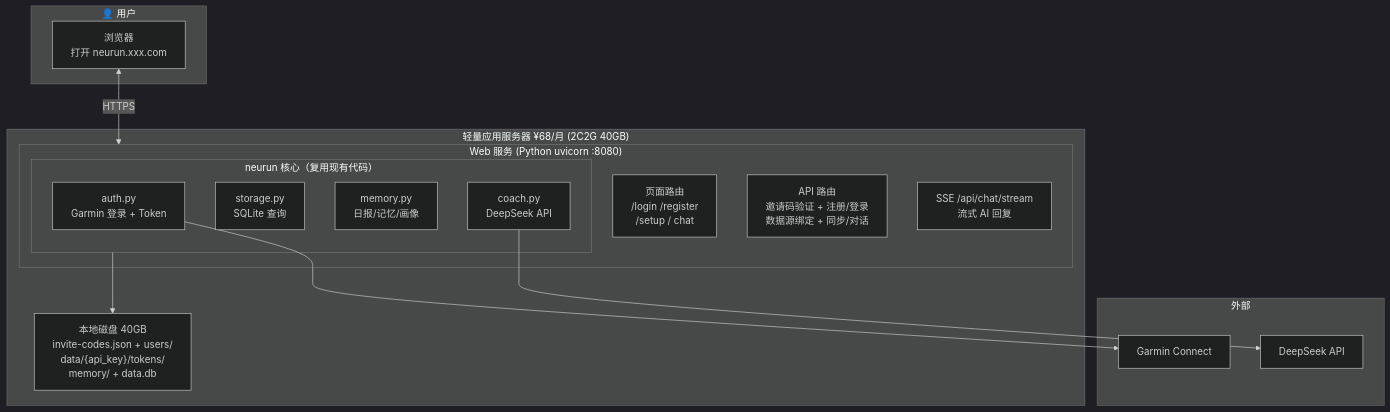
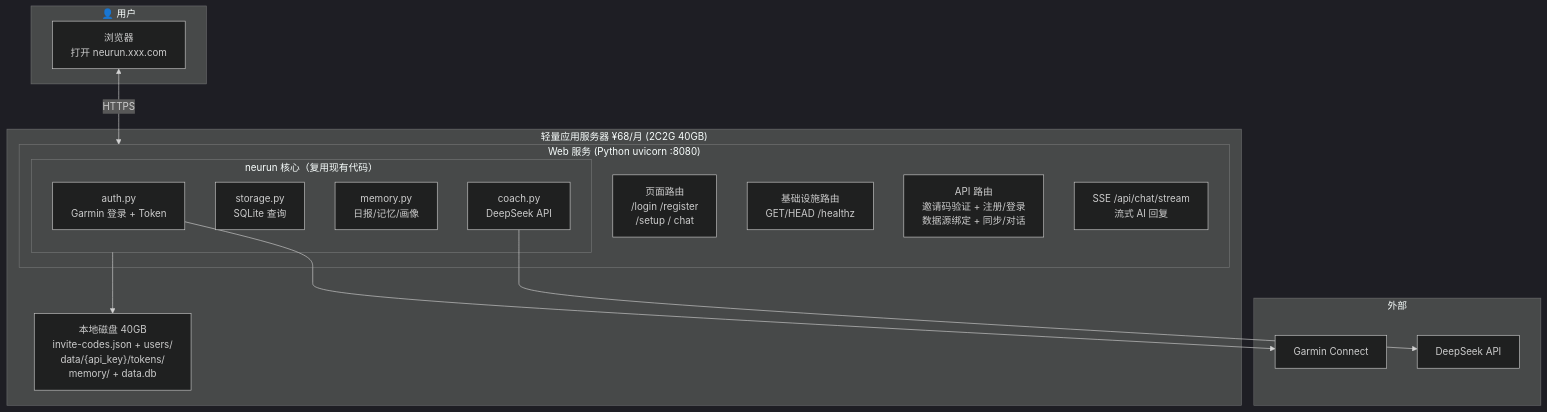
The first of 2 diagrams in docs/design/13-sae-deployment.md (qd1993102/rundown), drawn with Mermaid (dark theme) before and after one commit. The commit also changed other lines of this file and 6 other files, not shown here.

````diff
--- a/docs/design/13-sae-deployment.md
+++ b/docs/design/13-sae-deployment.md
@@ -19,32 +19,33 @@
 ```mermaid
 graph TB
     subgraph USER["👤 用户"]
         BROWSER["浏览器<br/>打开 neurun.xxx.com"]
     end
 
     subgraph VPS["轻量应用服务器 ¥68/月 (2C2G 40GB)"]
         subgraph WEB["Web 服务 (Python uvicorn :8080)"]
             PAGES["页面路由<br/>/login /register<br/>/setup / chat"]
+            HEALTH["基础设施路由<br/>GET/HEAD /healthz"]
             API["API 路由<br/>邀请码验证 + 注册/登录<br/>数据源绑定 + 同步/对话"]
             SSE["SSE /api/chat/stream<br/>流式 AI 回复"]
 
             subgraph CORE["neurun 核心（复用现有代码）"]
                 AUTH["auth.py<br/>Garmin 登录 + Token"]
                 STORAGE["storage.py<br/>SQLite 查询"]
                 MEMORY["memory.py<br/>日报/记忆/画像"]
                 COACH["coach.py<br/>DeepSeek API"]
             end
         end
         DISK["本地磁盘 40GB<br/>invite-codes.json + users/<br/>data/{api_key}/tokens/<br/>memory/ + data.db"]
     end
 
     subgraph EXTERNAL["外部"]
         GARMIN["Garmin Connect"]
         DEEPSEEK["DeepSeek API"]
     end
 
     BROWSER <-->|"HTTPS"| WEB
     AUTH --> GARMIN
     COACH --> DEEPSEEK
     CORE --> DISK
 ```
````
